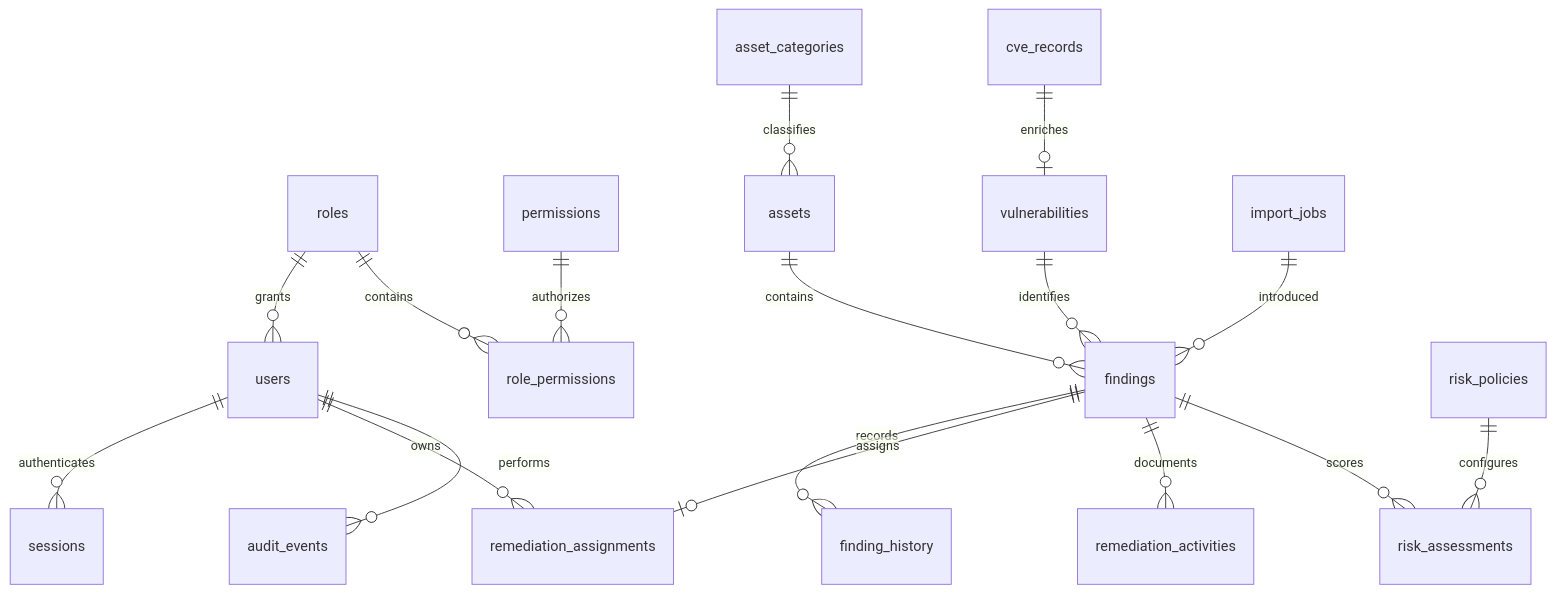
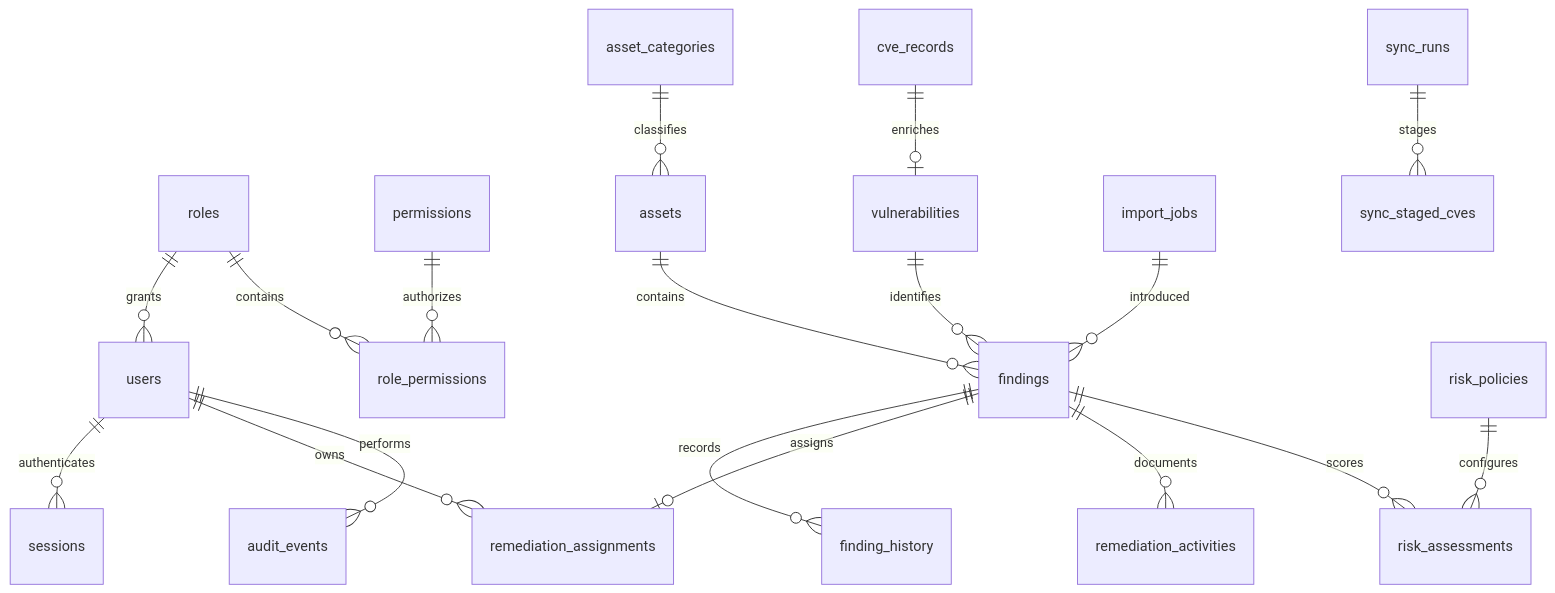
The second of 2 diagrams in docs/architecture.md (JN-Schell/VulnWatch), drawn with Mermaid before and after one commit. The commit also changed other lines of this file and 14 other files, not shown here.

````diff
--- a/docs/architecture.md
+++ b/docs/architecture.md
@@ -27,19 +27,20 @@
 ```mermaid
 erDiagram
   roles ||--o{ users : grants
   roles ||--o{ role_permissions : contains
   permissions ||--o{ role_permissions : authorizes
   users ||--o{ sessions : authenticates
   asset_categories ||--o{ assets : classifies
   assets ||--o{ findings : contains
   cve_records ||--o| vulnerabilities : enriches
   vulnerabilities ||--o{ findings : identifies
   import_jobs ||--o{ findings : introduced
+  sync_runs ||--o{ sync_staged_cves : stages
   findings ||--o{ finding_history : records
   findings ||--o| remediation_assignments : assigns
   users ||--o{ remediation_assignments : owns
   findings ||--o{ remediation_activities : documents
   findings ||--o{ risk_assessments : scores
   users ||--o{ audit_events : performs
   risk_policies ||--o{ risk_assessments : configures
 ```
````
